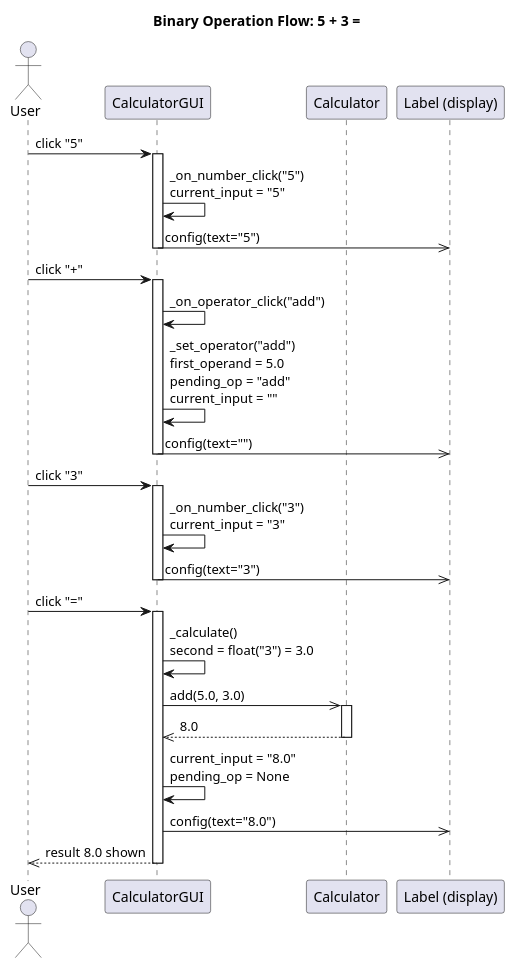
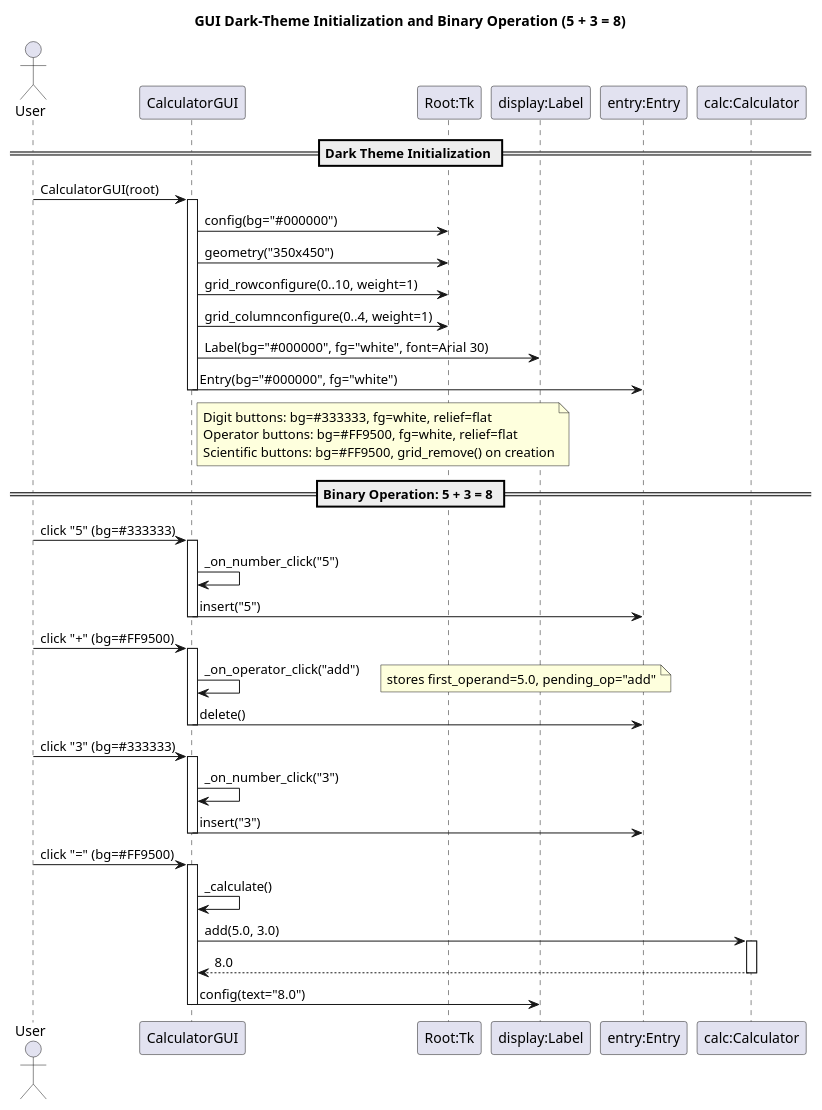
Before and after one commit to DanielRiha8906/Calculator_bachelor_autoevolution_team: the diagram in artifacts/sequence_gui_binary_op.puml, drawn with PlantUML. The commit also changed 3 other files, not shown here.

Commit message:
chore: update PlantUML diagrams

```diff
--- a/artifacts/sequence_gui_binary_op.puml
+++ b/artifacts/sequence_gui_binary_op.puml
@@ -1,40 +1,57 @@
 @startuml
-title Binary Operation Flow: 5 + 3 =
+title GUI Dark-Theme Initialization and Binary Operation (5 + 3 = 8)
 
 actor User
 participant CalculatorGUI
-participant Calculator
-participant "Label (display)" as Display
+participant "Root:Tk" as Root
+participant "display:Label" as display
+participant "entry:Entry" as entry
+participant "calc:Calculator" as calc
 
-User -> CalculatorGUI : click "5"
+== Dark Theme Initialization ==
+User -> CalculatorGUI : CalculatorGUI(root)
 activate CalculatorGUI
-CalculatorGUI -> CalculatorGUI : _on_number_click("5")\ncurrent_input = "5"
-CalculatorGUI ->> Display : config(text="5")
+CalculatorGUI -> Root : config(bg="#000000")
+CalculatorGUI -> Root : geometry("350x450")
+CalculatorGUI -> Root : grid_rowconfigure(0..10, weight=1)
+CalculatorGUI -> Root : grid_columnconfigure(0..4, weight=1)
+CalculatorGUI -> display : Label(bg="#000000", fg="white", font=Arial 30)
+CalculatorGUI -> entry : Entry(bg="#000000", fg="white")
+note right of CalculatorGUI
+  Digit buttons: bg=#333333, fg=white, relief=flat
+  Operator buttons: bg=#FF9500, fg=white, relief=flat
+  Scientific buttons: bg=#FF9500, grid_remove() on creation
+end note
 deactivate CalculatorGUI
 
-User -> CalculatorGUI : click "+"
+== Binary Operation: 5 + 3 = 8 ==
+User -> CalculatorGUI : click "5" (bg=#333333)
+activate CalculatorGUI
+CalculatorGUI -> CalculatorGUI : _on_number_click("5")
+CalculatorGUI -> entry : insert("5")
+deactivate CalculatorGUI
+
+User -> CalculatorGUI : click "+" (bg=#FF9500)
 activate CalculatorGUI
 CalculatorGUI -> CalculatorGUI : _on_operator_click("add")
-CalculatorGUI -> CalculatorGUI : _set_operator("add")\nfirst_operand = 5.0\npending_op = "add"\ncurrent_input = ""
-CalculatorGUI ->> Display : config(text="")
+note right: stores first_operand=5.0, pending_op="add"
+CalculatorGUI -> entry : delete()
 deactivate CalculatorGUI
 
-User -> CalculatorGUI : click "3"
+User -> CalculatorGUI : click "3" (bg=#333333)
 activate CalculatorGUI
-CalculatorGUI -> CalculatorGUI : _on_number_click("3")\ncurrent_input = "3"
-CalculatorGUI ->> Display : config(text="3")
+CalculatorGUI -> CalculatorGUI : _on_number_click("3")
+CalculatorGUI -> entry : insert("3")
 deactivate CalculatorGUI
 
-User -> CalculatorGUI : click "="
+User -> CalculatorGUI : click "=" (bg=#FF9500)
 activate CalculatorGUI
-CalculatorGUI -> CalculatorGUI : _calculate()\nsecond = float("3") = 3.0
-CalculatorGUI ->> Calculator : add(5.0, 3.0)
-activate Calculator
-Calculator -->> CalculatorGUI : 8.0
-deactivate Calculator
-CalculatorGUI -> CalculatorGUI : current_input = "8.0"\npending_op = None
-CalculatorGUI ->> Display : config(text="8.0")
-CalculatorGUI -->> User : result 8.0 shown
+CalculatorGUI -> CalculatorGUI : _calculate()
+CalculatorGUI -> calc : add(5.0, 3.0)
+activate calc
+calc --> CalculatorGUI : 8.0
+deactivate calc
+CalculatorGUI -> display : config(text="8.0")
 deactivate CalculatorGUI
 
 @enduml
```
